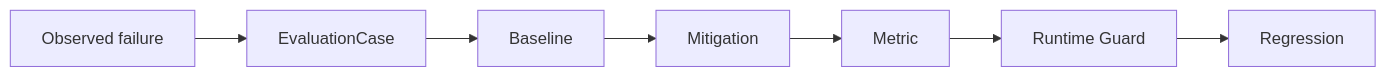
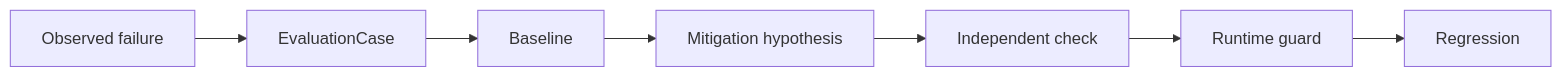
One commit to aerenkolstein-code/llm-evaluation-lab changed the diagram in README.md. Above: the diagram before and after it, drawn with Mermaid. The commit also changed other lines of this file, not shown here.

````diff
--- a/README.md
+++ b/README.md
@@ -33,9 +58,9 @@
 ```mermaid
 flowchart LR
   A[Observed failure] --> B[EvaluationCase]
   B --> C[Baseline]
-  C --> D[Mitigation]
-  D --> E[Metric]
-  E --> F[Runtime Guard]
+  C --> D[Mitigation hypothesis]
+  D --> E[Independent check]
+  E --> F[Runtime guard]
   F --> G[Regression]
 ```
````
